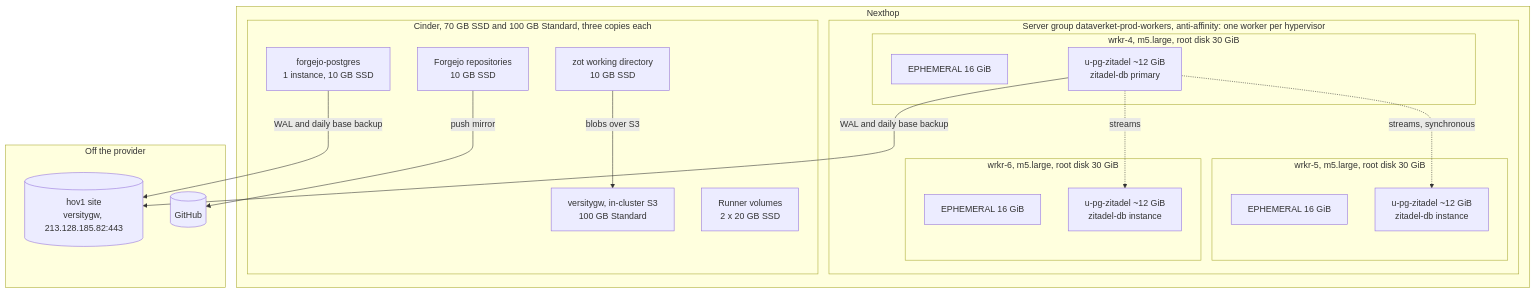
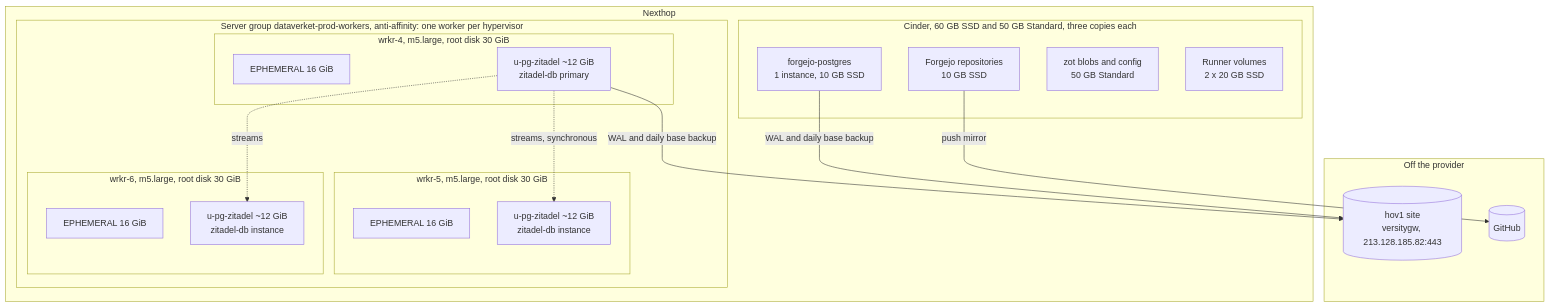
The second of 2 diagrams in docs/plans/2026-09-storage-building-blocks.md (dataverket-org/fabrikk-infra), drawn with Mermaid before and after one commit. The commit also changed other lines of this file and 4 other files, not shown here.

````diff
--- a/docs/plans/2026-09-storage-building-blocks.md
+++ b/docs/plans/2026-09-storage-building-blocks.md
@@ -75,36 +84,34 @@
 ```mermaid
 flowchart TB
   subgraph nexthop["Nexthop"]
     subgraph group["Server group dataverket-prod-workers, anti-affinity: one worker per hypervisor"]
       subgraph w4["wrkr-4, m5.large, root disk 30 GiB"]
         e4["EPHEMERAL 16 GiB"]
         z4["u-pg-zitadel ~12 GiB<br/>zitadel-db primary"]
       end
       subgraph w5["wrkr-5, m5.large, root disk 30 GiB"]
         e5["EPHEMERAL 16 GiB"]
         z5["u-pg-zitadel ~12 GiB<br/>zitadel-db instance"]
       end
       subgraph w6["wrkr-6, m5.large, root disk 30 GiB"]
         e6["EPHEMERAL 16 GiB"]
         z6["u-pg-zitadel ~12 GiB<br/>zitadel-db instance"]
       end
     end
-    subgraph cinder["Cinder, 70 GB SSD and 100 GB Standard, three copies each"]
+    subgraph cinder["Cinder, 60 GB SSD and 50 GB Standard, three copies each"]
       fpg["forgejo-postgres<br/>1 instance, 10 GB SSD"]
       repo["Forgejo repositories<br/>10 GB SSD"]
-      vgw["versitygw, in-cluster S3<br/>100 GB Standard"]
-      zotw["zot working directory<br/>10 GB SSD"]
+      zot["zot blobs and config<br/>50 GB Standard"]
       run["Runner volumes<br/>2 x 20 GB SSD"]
     end
   end
   subgraph off["Off the provider"]
     hov1[("hov1 site<br/>versitygw, 213.128.185.82:443")]
     gh[("GitHub")]
   end
   repo -- "push mirror" --> gh
-  zotw -- "blobs over S3" --> vgw
   z4 -. "streams, synchronous" .-> z5
   z4 -. "streams" .-> z6
   fpg -- "WAL and daily base backup" --> hov1
   z4 -- "WAL and daily base backup" --> hov1
 ```
````
